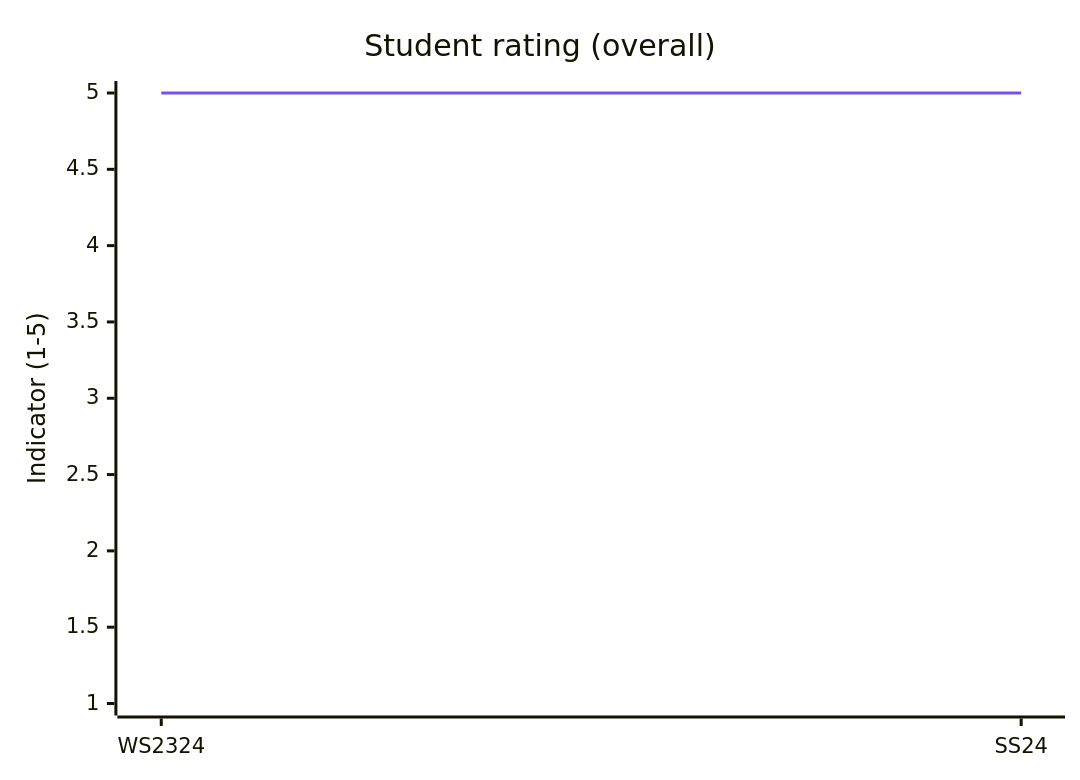
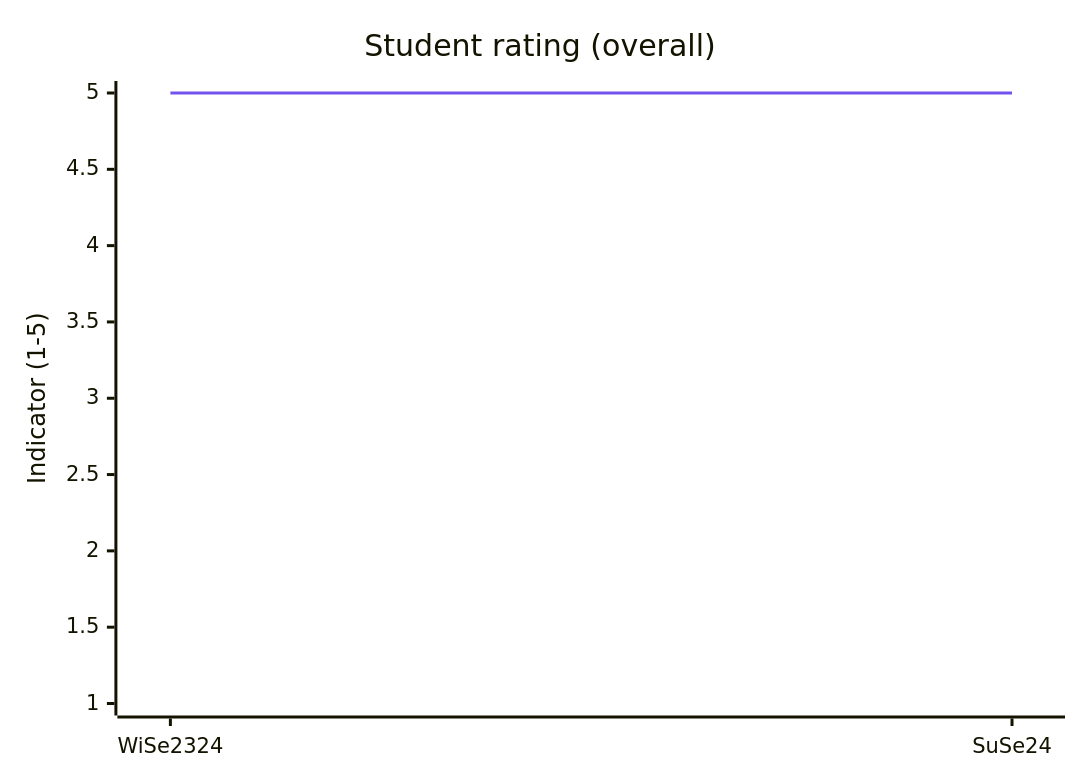
One commit to digital-work-lab/literature-review-seminar changed the first of 2 diagrams in docs/evaluations.md. Above: the diagram before and after it, drawn with Mermaid. The commit also changed other lines of this file, not shown here.

Commit message:
update abbreviations

````diff
--- a/docs/evaluations.md
+++ b/docs/evaluations.md
@@ -24,8 +24,8 @@
 ```mermaid
 %%{init: { "themeVariables": {"xyChart": {"plotColorPalette": "#7253ed", "plotLineWidth": 4} } }}%%
 xychart-beta
     title "Student rating (overall)"
-    x-axis [WS2324, SS24]
+    x-axis [WiSe2324, SuSe24]
     y-axis "Indicator (1-5)" 1 --> 5
     line [5.0, 5.0]
 ```
````
